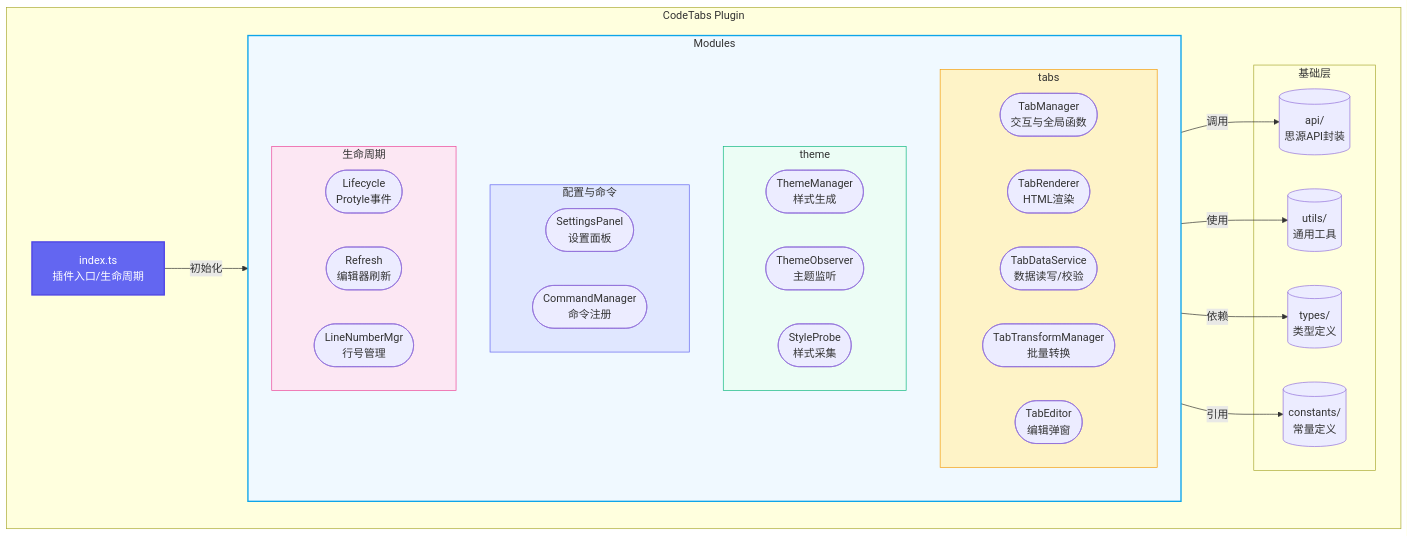
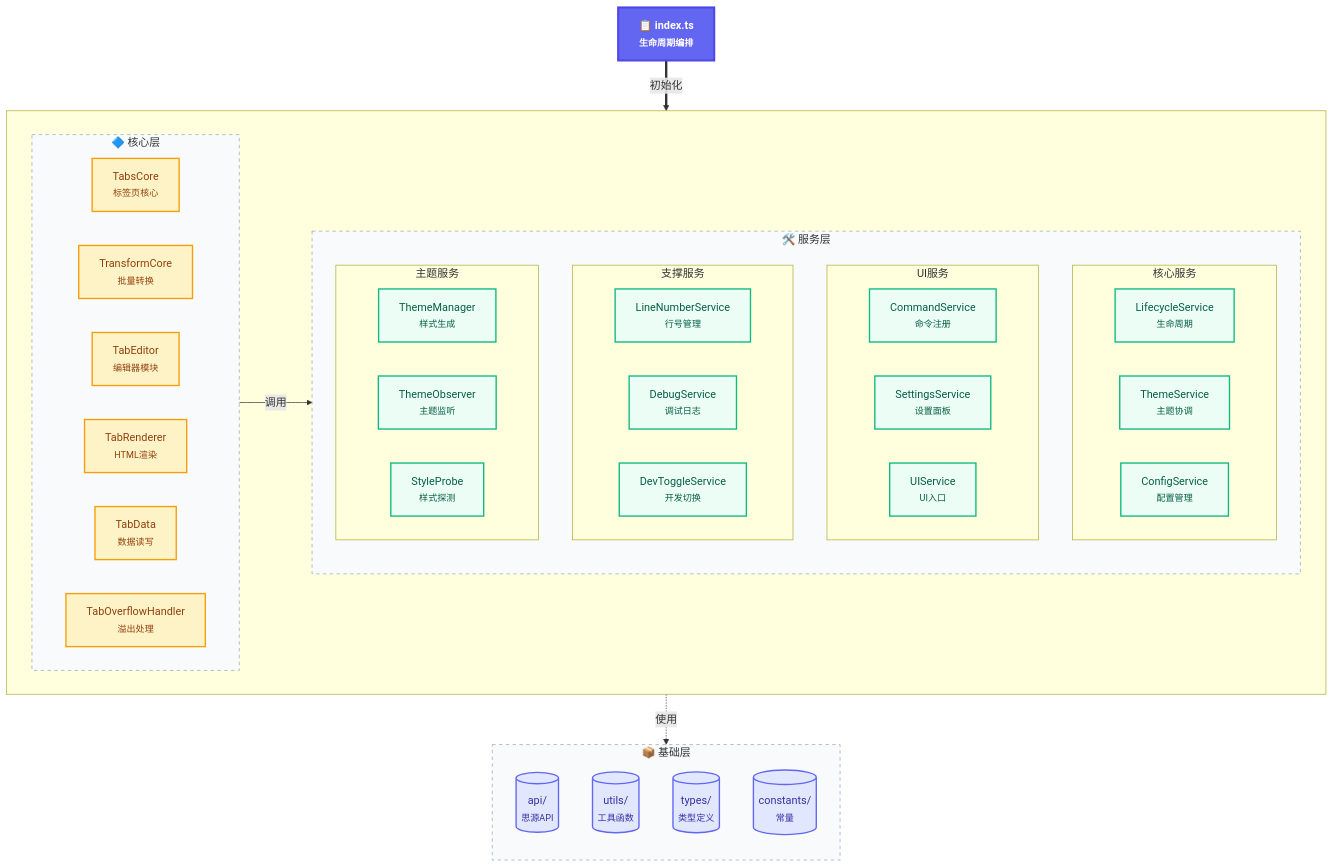
The diagram in docs/CODE_WIKI.md (springtwr/siyuan-code-tabs), drawn with Mermaid before and after one commit. The commit also changed other lines of this file and 3 other files, not shown here.

````diff
--- a/docs/CODE_WIKI.md
+++ b/docs/CODE_WIKI.md
@@ -21,53 +21,71 @@
 ```mermaid
 graph TB
-    style index fill:#6366f1,stroke:#4f46e5,stroke-width:2px,color:#fff
-    style Modules fill:#f0f9ff,stroke:#0ea5e9,stroke-width:2px
-    style tabs fill:#fef3c7,stroke:#f59e0b,stroke-width:1px
-    style theme fill:#ecfdf5,stroke:#10b981,stroke-width:1px
-    style 配置与命令 fill:#e0e7ff,stroke:#6366f1,stroke-width:1px
-    style 生命周期 fill:#fce7f3,stroke:#ec4899,stroke-width:1px
+    %% 样式定义
+    classDef index fill:#6366f1,stroke:#4f46e5,stroke-width:3px,color:#fff,font-weight:bold
+    classDef core fill:#fef3c7,stroke:#f59e0b,stroke-width:2px,color:#92400e
+    classDef service fill:#ecfdf5,stroke:#10b981,stroke-width:2px,color:#065f46
+    classDef foundation fill:#e0e7ff,stroke:#6366f1,stroke-width:2px,color:#3730a3
+    classDef layer fill:#f8fafc,stroke:#94a3b8,stroke-width:1px,stroke-dasharray: 5 5
 
-    subgraph CodeTabs Plugin
-        index[index.ts<br/>插件入口/生命周期]
+    %% 入口
+    index[📋 index.ts<br/><small>生命周期编排</small>]:::index
 
-        subgraph Modules
-            subgraph tabs
-                TabManager([TabManager<br/>交互与全局函数])
-                TabRenderer([TabRenderer<br/>HTML渲染])
-                TabDataService([TabDataService<br/>数据读写/校验])
-                TabTransform([TabTransformManager<br/>批量转换])
-                TabEditor([TabEditor<br/>编辑弹窗])
-            end
-
-            subgraph theme
-                ThemeManager([ThemeManager<br/>样式生成])
-                ThemeObserver([ThemeObserver<br/>主题监听])
-                StyleProbe([StyleProbe<br/>样式采集])
-            end
-
-            subgraph 配置与命令
-                SettingsPanel([SettingsPanel<br/>设置面板])
-                CommandManager([CommandManager<br/>命令注册])
-            end
-
-            subgraph 生命周期
-                Lifecycle([Lifecycle<br/>Protyle事件])
-                Refresh([Refresh<br/>编辑器刷新])
-                LineNumberMgr([LineNumberMgr<br/>行号管理])
-            end
+    %% 核心层与服务层横向并排
+    subgraph MainLayer[ ]
+        direction LR
+        
+        %% 核心层
+        subgraph CoreLayer[🔷 核心层]
+            direction LR
+            TabsCore[TabsCore<br/><small>标签页核心</small>]:::core
+            TransformCore[TransformCore<br/><small>批量转换</small>]:::core
+            TabEditor[TabEditor<br/><small>编辑器模块</small>]:::core
+            TabRenderer[TabRenderer<br/><small>HTML渲染</small>]:::core
+            TabData[TabData<br/><small>数据读写</small>]:::core
+            TabOverflowHandler[TabOverflowHandler<br/><small>溢出处理</small>]:::core
         end
 
-        subgraph 基础层
-            api[(api/<br/>思源API封装)]
-            utils[(utils/<br/>通用工具)]
-            types[(types/<br/>类型定义)]
-            constants[(constants/<br/>常量定义)]
+        %% 服务层
+        subgraph ServiceLayer[🛠️ 服务层]
+            direction TB
+            subgraph CoreServices[核心服务]
+                LifecycleService[LifecycleService<br/><small>生命周期</small>]:::service
+                ThemeService[ThemeService<br/><small>主题协调</small>]:::service
+                ConfigService[ConfigService<br/><small>配置管理</small>]:::service
+            end
+            subgraph UIServices[UI服务]
+                CommandService[CommandService<br/><small>命令注册</small>]:::service
+                SettingsService[SettingsService<br/><small>设置面板</small>]:::service
+                UIService[UIService<br/><small>UI入口</small>]:::service
+            end
+            subgraph SupportServices[支撑服务]
+                LineNumberService[LineNumberService<br/><small>行号管理</small>]:::service
+                DebugService[DebugService<br/><small>调试日志</small>]:::service
+                DevToggleService[DevToggleService<br/><small>开发切换</small>]:::service
+            end
+            subgraph ThemeServices[主题服务]
+                direction LR
+                ThemeManager[ThemeManager<br/><small>样式生成</small>]:::service
+                ThemeObserver[ThemeObserver<br/><small>主题监听</small>]:::service
+                StyleProbe[StyleProbe<br/><small>样式探测</small>]:::service
+            end
         end
     end
 
-    index -->|初始化| Modules
-    Modules -->|调用| api
-    Modules -->|使用| utils
-    Modules -->|依赖| types
-    Modules -->|引用| constants
+    %% 基础层
+    subgraph FoundationLayer[📦 基础层]
+        direction TB
+        api[(api/<br/><small>思源API</small>)]:::foundation
+        utils[(utils/<br/><small>工具函数</small>)]:::foundation
+        types[(types/<br/><small>类型定义</small>)]:::foundation
+        constants[(constants/<br/><small>常量</small>)]:::foundation
+    end
+
+    %% 依赖关系
+    index ==>|初始化| MainLayer
+    CoreLayer -->|调用| ServiceLayer
+    MainLayer -.->|使用| FoundationLayer
+
+    %% 样式应用
+    class CoreLayer,ServiceLayer,FoundationLayer layer
 ```
````
